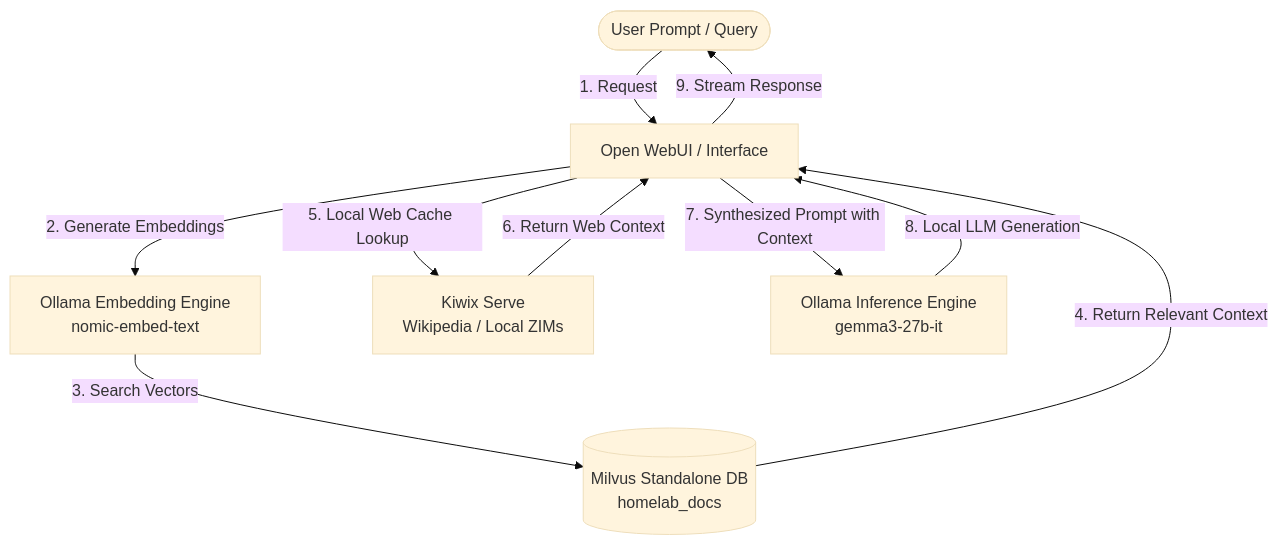
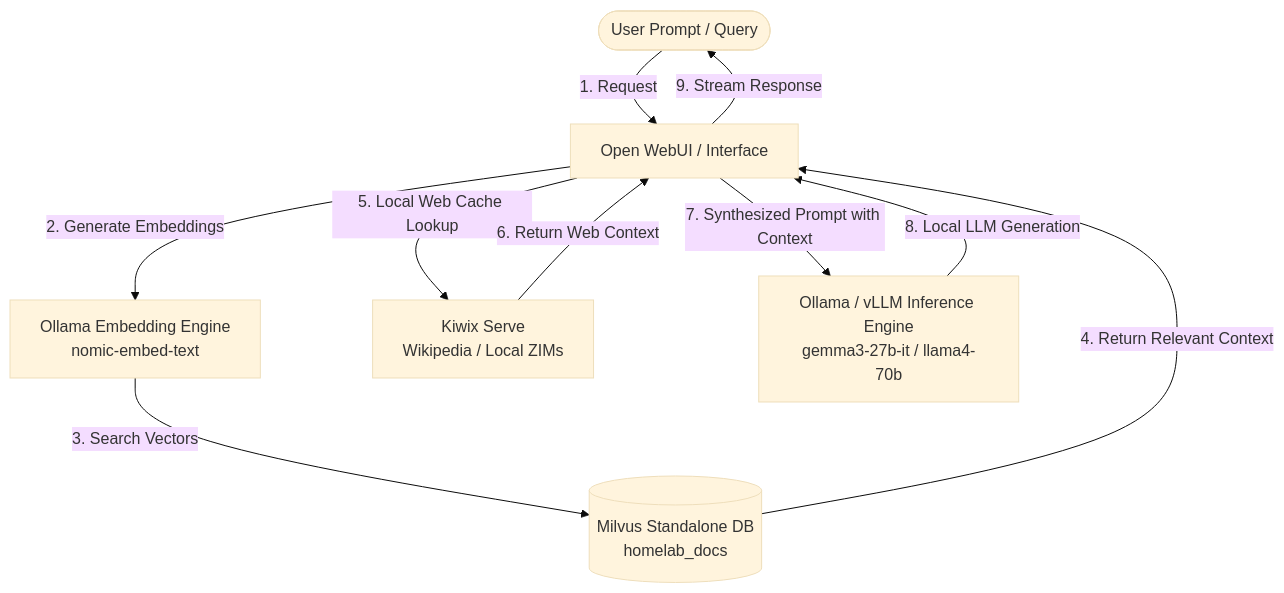
One commit to joanmarcriera/Home-office-automations changed the diagram in docs/playbooks/fully-offline-assistant.md. Above: the diagram before and after it, drawn with Mermaid (base theme). The commit also changed other lines of this file and 5 other files, not shown here.

````diff
--- a/docs/playbooks/fully-offline-assistant.md
+++ b/docs/playbooks/fully-offline-assistant.md
@@ -3,12 +3,12 @@
 ```mermaid
 flowchart TD
     User([User Prompt / Query]) -->|1. Request| WebUI[Open WebUI / Interface]
     WebUI -->|2. Generate Embeddings| Embed[Ollama Embedding Engine\nnomic-embed-text]
     Embed -->|3. Search Vectors| Milvus[(Milvus Standalone DB\nhomelab_docs)]
     Milvus -->|4. Return Relevant Context| WebUI
     WebUI -->|5. Local Web Cache Lookup| Kiwix[Kiwix Serve\nWikipedia / Local ZIMs]
     Kiwix -->|6. Return Web Context| WebUI
-    WebUI -->|7. Synthesized Prompt with Context| Ollama[Ollama Inference Engine\ngemma3-27b-it]
+    WebUI -->|7. Synthesized Prompt with Context| Ollama[Ollama / vLLM Inference Engine\ngemma3-27b-it / llama4-70b]
     Ollama -->|8. Local LLM Generation| WebUI
     WebUI -->|9. Stream Response| User
 ```
````
